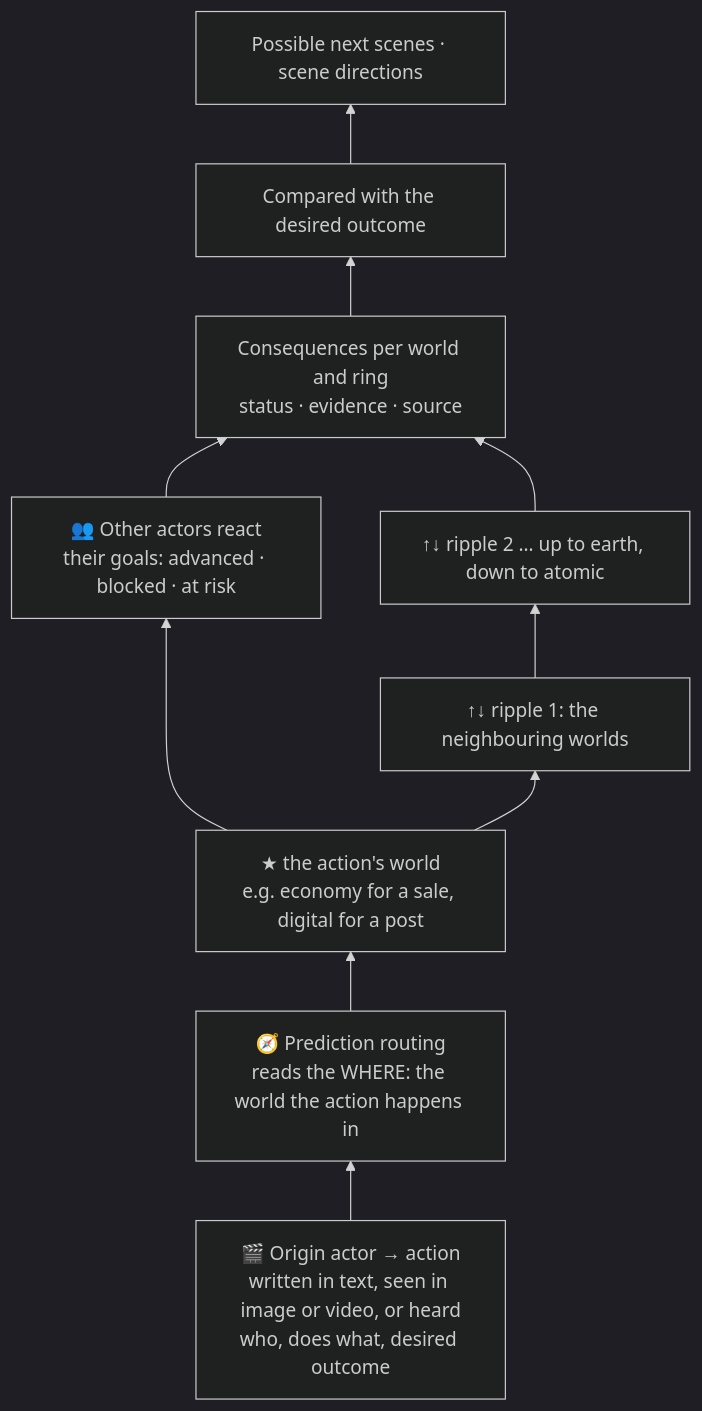
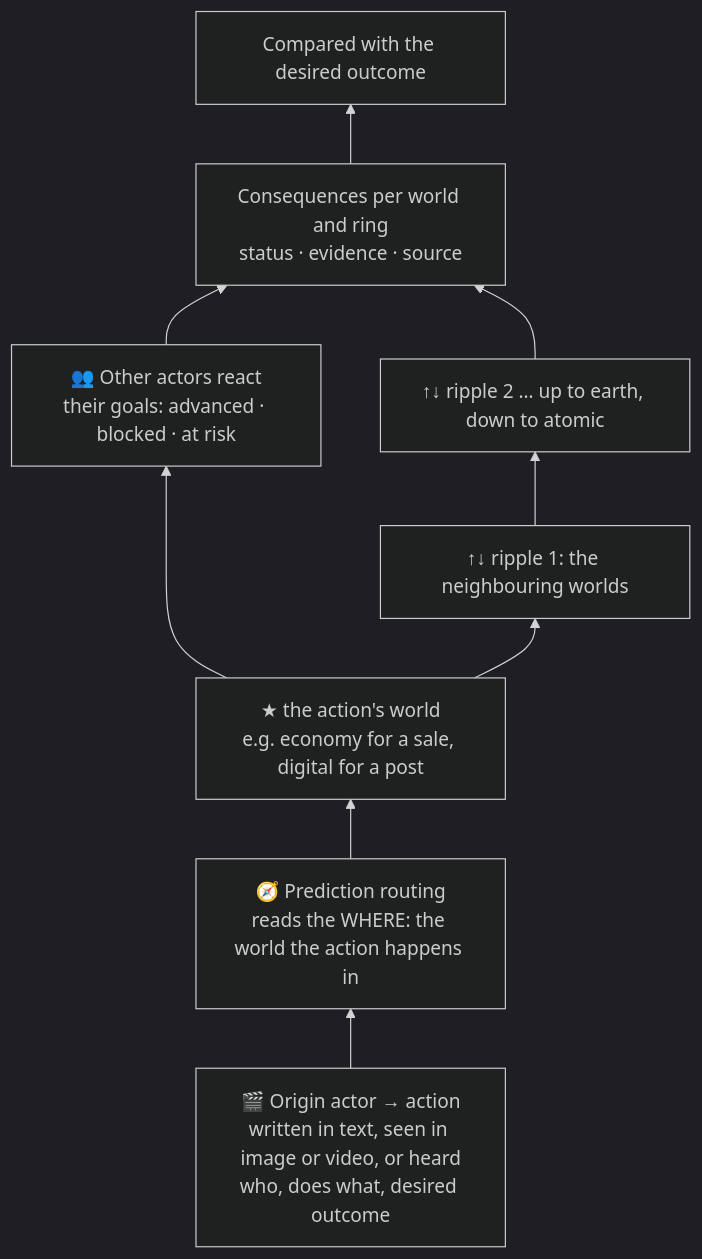
The first of 2 diagrams in README_FULL.md (Sherlock2019/ACM), drawn with Mermaid (dark theme) before and after one commit. The commit also changed other lines of this file and 1 other file, not shown here.

Commit message:
README: hide the Next Status Engine for now (code and /acm/scenario kept)

````diff
--- a/README_FULL.md
+++ b/README_FULL.md
@@ -91,12 +91,11 @@
 ```mermaid
 flowchart BT
     A["🎬 Origin actor → action<br/>written in text, seen in image or video, or heard<br/>who, does what, desired outcome"] --> R["🧭 Prediction routing<br/>reads the WHERE: the world the action happens in"]
     R --> O["★ the action's world<br/>e.g. economy for a sale, digital for a post"]
     O --> P["👥 Other actors react<br/>their goals: advanced · blocked · at risk"]
     O --> C1["↑↓ ripple 1: the neighbouring worlds"]
     C1 --> C2["↑↓ ripple 2 … up to earth, down to atomic"]
     P --> REP["Consequences per world and ring<br/>status · evidence · source"]
     C2 --> REP
     REP --> G["Compared with the desired outcome"]
-    G --> N["Possible next scenes · scene directions"]
 ```
````
